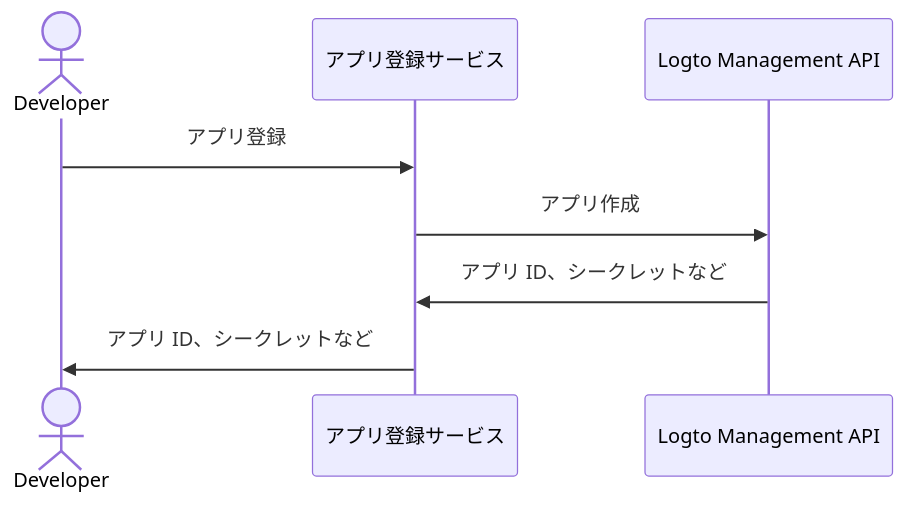
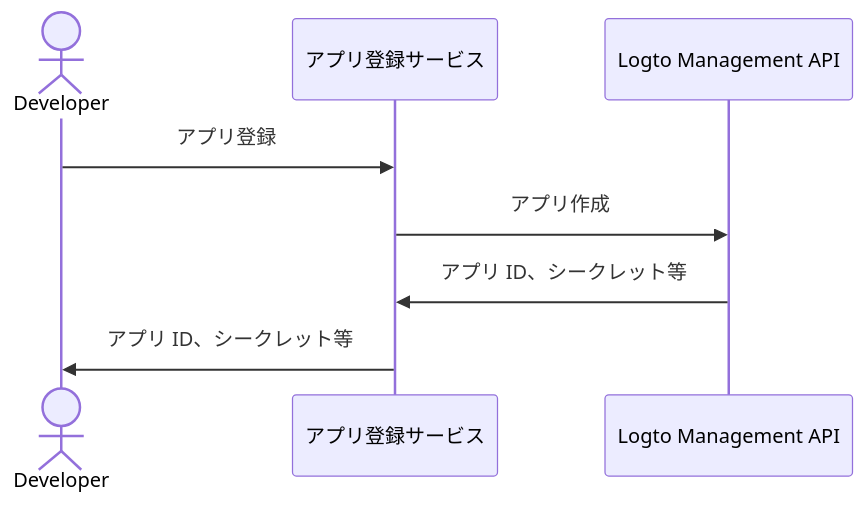
The diagram in i18n/ja/docusaurus-plugin-content-docs/current/use-cases/ai/fragments/_configure-third-party-ai-agent.mdx (logto-io/docs), drawn with Mermaid before and after one commit. The commit also changed other lines of this file and 117 other files, not shown here.

````diff
--- a/i18n/ja/docusaurus-plugin-content-docs/current/use-cases/ai/fragments/_configure-third-party-ai-agent.mdx
+++ b/i18n/ja/docusaurus-plugin-content-docs/current/use-cases/ai/fragments/_configure-third-party-ai-agent.mdx
@@ -13,10 +19,10 @@
 ```mermaid
 sequenceDiagram
   actor Developer
   participant Server as アプリ登録サービス
   participant Logto as Logto Management API
   Developer->>Server: アプリ登録
   Server->>Logto: アプリ作成
-  Logto->>Server: アプリ ID、シークレットなど
-  Server->>Developer: アプリ ID、シークレットなど
+  Logto->>Server: アプリ ID、シークレット等
+  Server->>Developer: アプリ ID、シークレット等
 ```
````
